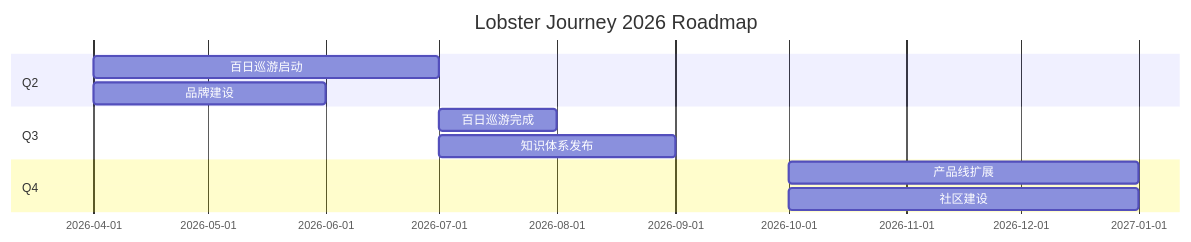
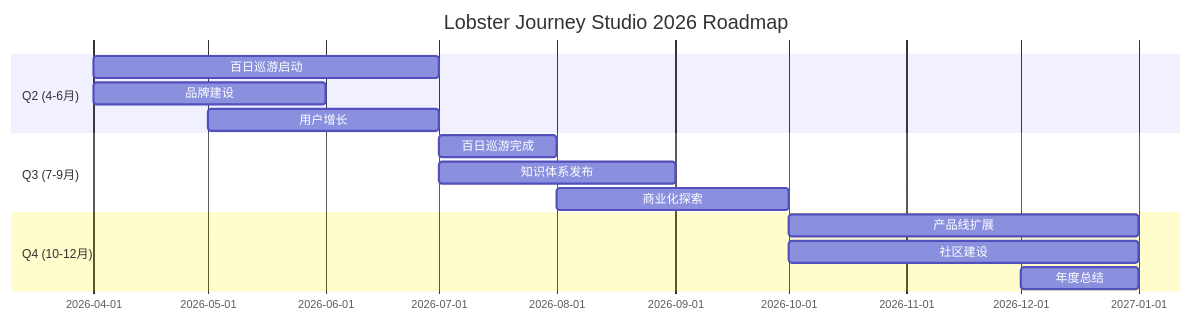
Before and after one commit to lobster-journey/lobster-journey: the tenth of 10 diagrams in README.md, drawn with Mermaid. The commit also changed other lines of this file, not shown here.

````diff
--- a/README.md
+++ b/README.md
@@ -527,17 +1016,20 @@
 ```mermaid
 gantt
-    title Lobster Journey 2026 Roadmap
+    title Lobster Journey Studio 2026 Roadmap
     dateFormat  YYYY-MM
-    
-    section Q2
-    百日巡游启动    :2026-04, 3M
-    品牌建设        :2026-04, 2M
-    
-    section Q3
-    百日巡游完成    :2026-07, 1M
-    知识体系发布    :2026-07, 2M
-    
-    section Q4
-    产品线扩展      :2026-10, 3M
-    社区建设        :2026-10, 3M
+
+    section Q2 (4-6月)
+    百日巡游启动         :2026-04, 3M
+    品牌建设             :2026-04, 2M
+    用户增长             :2026-05, 2M
+
+    section Q3 (7-9月)
+    百日巡游完成         :2026-07, 1M
+    知识体系发布         :2026-07, 2M
+    商业化探索           :2026-08, 2M
+
+    section Q4 (10-12月)
+    产品线扩展           :2026-10, 3M
+    社区建设             :2026-10, 3M
+    年度总结             :2026-12, 1M
 ```
````
